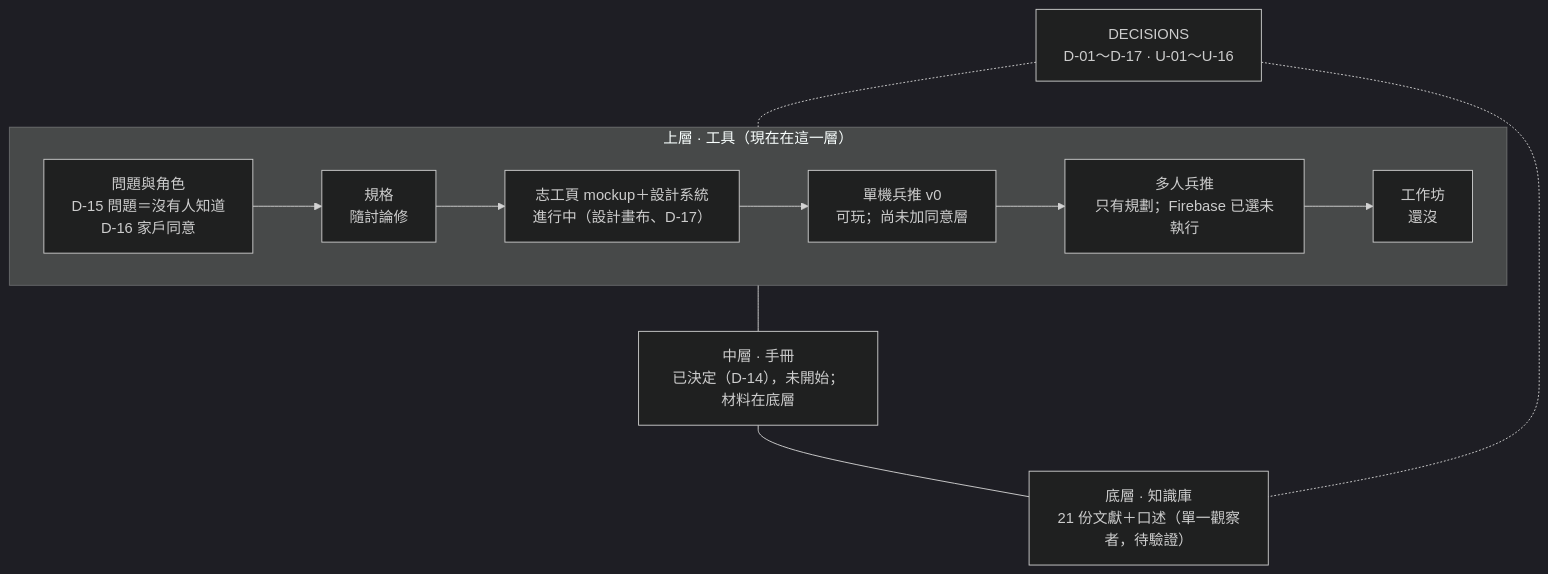
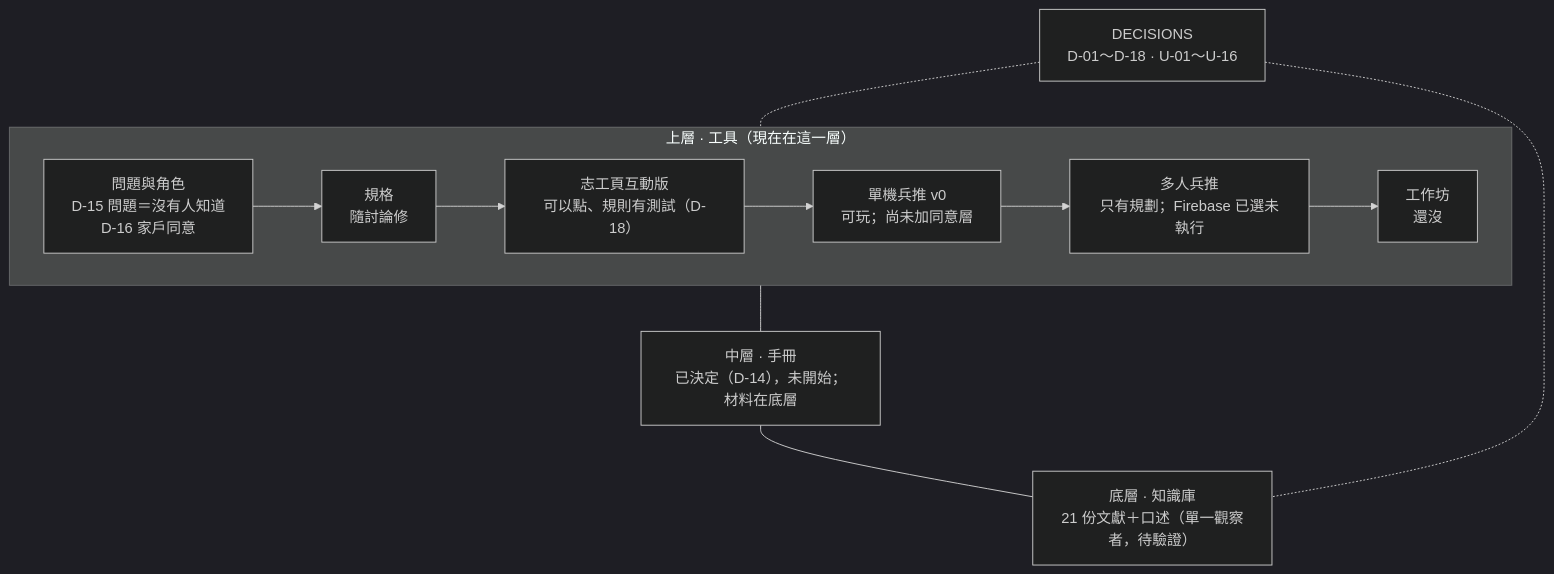
Before and after one commit to BasilHsieh/resq-hub: the seventh of 8 diagrams in ARCHITECTURE.md, drawn with Mermaid (dark theme). The commit also changed other lines of this file and 7 other files, not shown here.

````diff
--- a/ARCHITECTURE.md
+++ b/ARCHITECTURE.md
@@ -461,19 +461,19 @@
 ```mermaid
 flowchart TB
     subgraph TOOL["上層 · 工具（現在在這一層）"]
         direction LR
-        R["問題與角色<br/>D-15 問題＝沒有人知道<br/>D-16 家戶同意"] --> S["規格<br/>隨討論修"] --> M["志工頁 mockup＋設計系統<br/>進行中（設計畫布、D-17）"] --> P1["單機兵推 v0<br/>可玩；尚未加同意層"] --> P2["多人兵推<br/>只有規劃；Firebase 已選未執行"] --> W["工作坊<br/>還沒"]
+        R["問題與角色<br/>D-15 問題＝沒有人知道<br/>D-16 家戶同意"] --> S["規格<br/>隨討論修"] --> M["志工頁互動版<br/>可以點、規則有測試（D-18）"] --> P1["單機兵推 v0<br/>可玩；尚未加同意層"] --> P2["多人兵推<br/>只有規劃；Firebase 已選未執行"] --> W["工作坊<br/>還沒"]
     end
     HB["中層 · 手冊<br/>已決定（D-14），未開始；材料在底層"]
     KB["底層 · 知識庫<br/>21 份文獻＋口述（單一觀察者，待驗證）"]
-    DEC["DECISIONS<br/>D-01～D-17 · U-01～U-16"]
+    DEC["DECISIONS<br/>D-01～D-18 · U-01～U-16"]
     TOOL --- HB --- KB
     DEC -.- TOOL
     DEC -.- KB
     click R "output/spec/角色輪廓.md" "開啟原檔"
     click M "output/prototype/03-志工頁/README.md" "開啟原檔"
     click S "output/spec/資料模型與狀態機.md" "開啟原檔"
     click P1 "output/prototype/01-兵推/README.md" "開啟原檔"
     click P2 "output/prototype/02-兵推多人/README.md" "開啟原檔"
     click DEC "DECISIONS.md" "開啟原檔"
 ```
````
